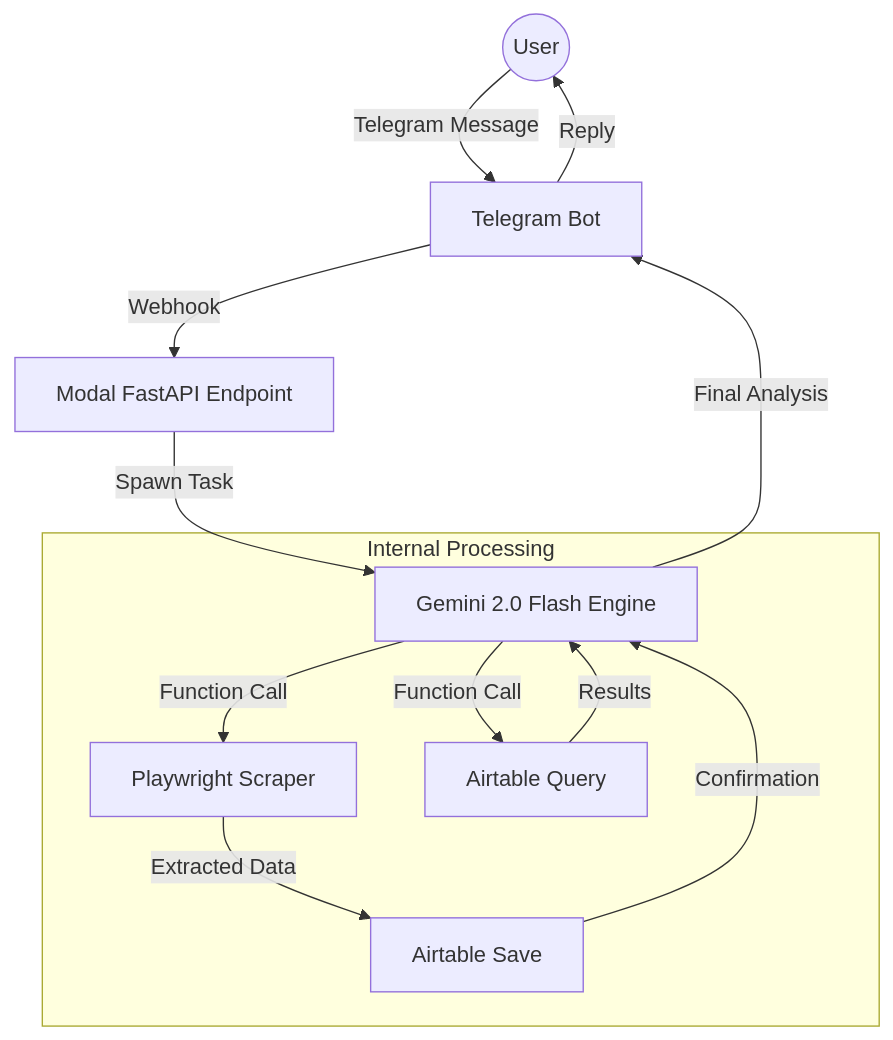
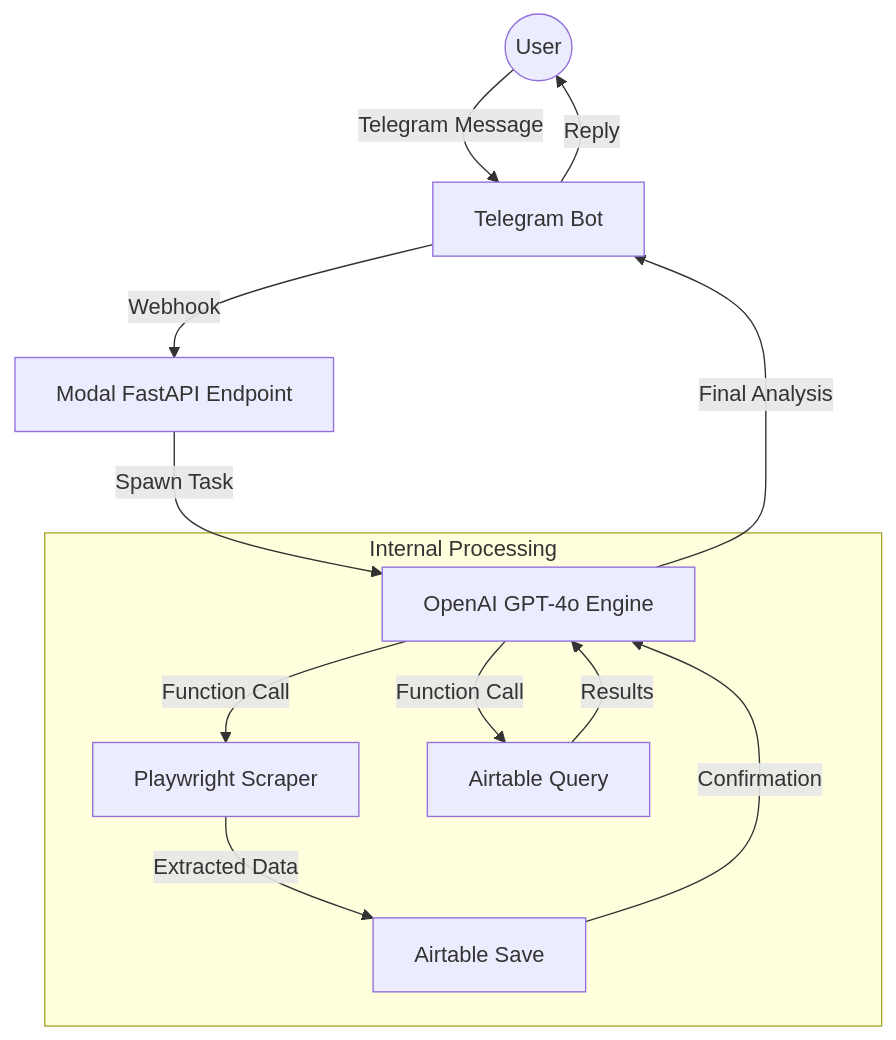
The diagram in README.md (SahilOtavanekar/AI-Powered-Telegram-Lead-Generator), drawn with Mermaid before and after one commit. The commit also changed other lines of this file and 4 other files, not shown here.

Commit message:
chore: migrate from Gemini to OpenAI GPT-4o for tool calling

````diff
--- a/README.md
+++ b/README.md
@@ -40,17 +40,17 @@
 ```mermaid
 graph TD
     User((User)) -->|Telegram Message| Bot[Telegram Bot]
     Bot -->|Webhook| Modal[Modal FastAPI Endpoint]
-    Modal -->|Spawn Task| Engine[Gemini 2.0 Flash Engine]
+    Modal -->|Spawn Task| Engine[OpenAI GPT-4o Engine]
     
     subgraph "Internal Processing"
     Engine -->|Function Call| Scraper[Playwright Scraper]
     Engine -->|Function Call| DB_Query[Airtable Query]
     Scraper -->|Extracted Data| DB_Save[Airtable Save]
     end
     
     DB_Save -->|Confirmation| Engine
     DB_Query -->|Results| Engine
     Engine -->|Final Analysis| Bot
     Bot -->|Reply| User
 ```
````
